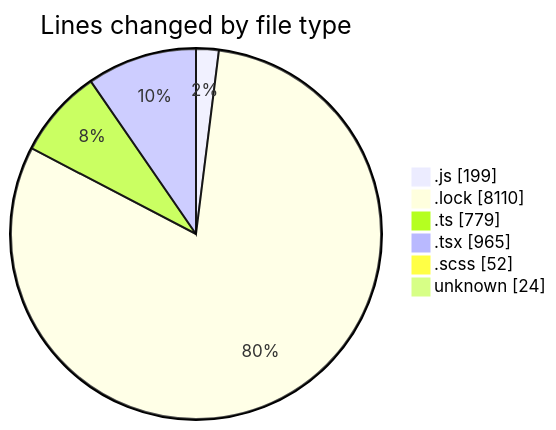
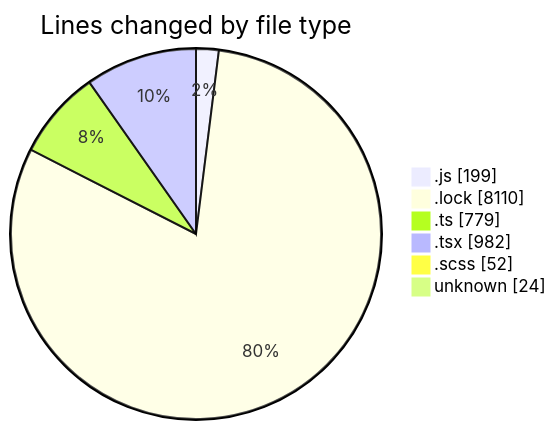
The first of 2 diagrams in 2025-02-07/cda/README.md (momahboobian/code-tracking), drawn with Mermaid before and after one commit. The commit also changed other lines of this file and 1 other file, not shown here.

````diff
--- a/2025-02-07/cda/README.md
+++ b/2025-02-07/cda/README.md
@@ -56,10 +57,10 @@
 ```mermaid
 pie showData
 title Lines changed by file type
 ".js" : 199
 ".lock" : 8110
 ".ts" : 779
-".tsx" : 965
+".tsx" : 982
 ".scss" : 52
 "unknown" : 24
 ```
````
